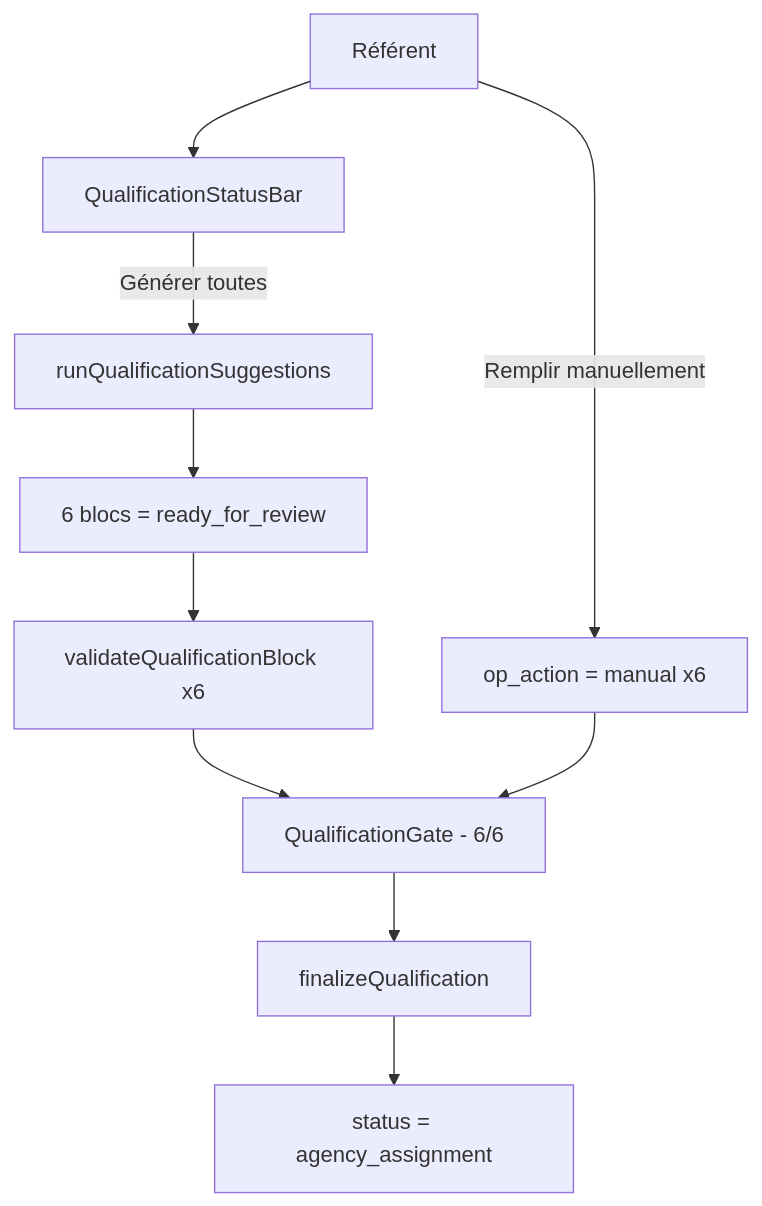
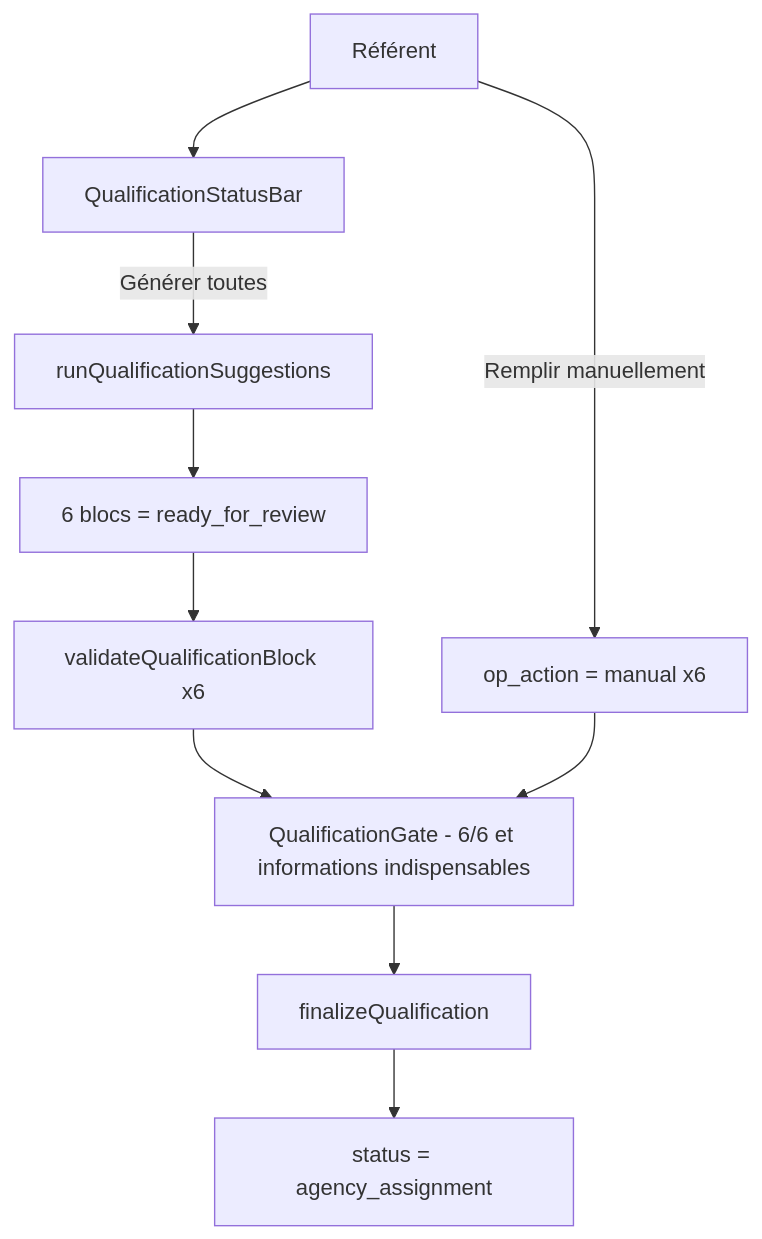
One commit to insenexperience/direction-lalgerie-travel-lead-desk changed the seventh of 7 diagrams in docs/USER_JOURNEYS.md. Above: the diagram before and after it, drawn with Mermaid. The commit also changed other lines of this file and 36 other files, not shown here.

````diff
--- a/docs/USER_JOURNEYS.md
+++ b/docs/USER_JOURNEYS.md
@@ -164,12 +193,12 @@
 ```mermaid
 flowchart TB
   R[Référent] --> SB[QualificationStatusBar]
   SB -->|"Générer toutes"| IA[runQualificationSuggestions]
   IA --> BL["6 blocs = ready_for_review"]
   BL --> VAL[validateQualificationBlock x6]
-  VAL --> GATE[QualificationGate - 6/6]
+  VAL --> GATE[QualificationGate - 6/6 et informations indispensables]
   GATE --> FIN[finalizeQualification]
   FIN --> AA[status = agency_assignment]
   R -->|"Remplir manuellement"| MANUAL["op_action = manual x6"]
   MANUAL --> GATE
 ```
````
